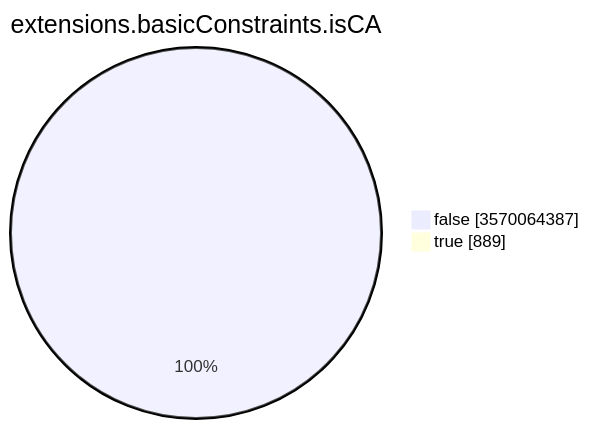
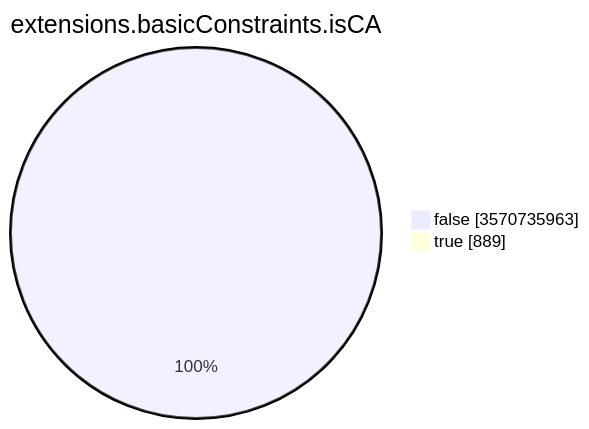
Before and after one commit to christiankrug/ctmonitor_visualization: the seventh of 15 diagrams in TOTAL/README.md, drawn with Mermaid. The commit also changed other lines of this file, not shown here.

````diff
--- a/TOTAL/README.md
+++ b/TOTAL/README.md
@@ -3094,6 +3094,6 @@
 ```mermaid
 pie showData
 title extensions.basicConstraints.isCA
-"false" :3570064387
+"false" :3570735963
 "true" :889
 ```
````
